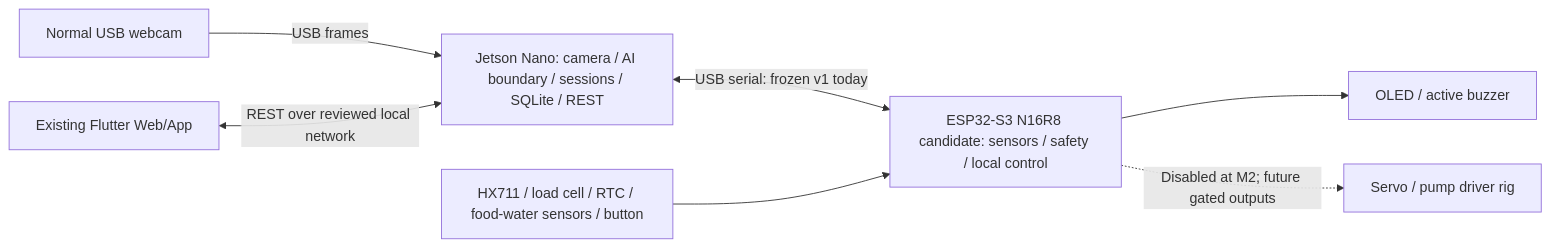
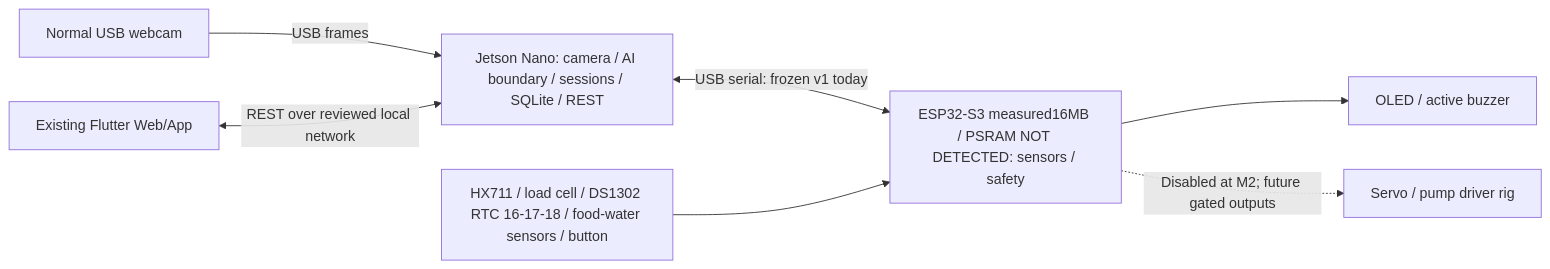
The diagram in docs/SYSTEM_BLOCK_DIAGRAM.md (chitoan117/for_cat), drawn with Mermaid before and after one commit. The commit also changed other lines of this file and 4134 other files, not shown here.

````diff
--- a/docs/SYSTEM_BLOCK_DIAGRAM.md
+++ b/docs/SYSTEM_BLOCK_DIAGRAM.md
@@ -3,9 +3,9 @@
 ```mermaid
 flowchart LR
   C[Normal USB webcam] -->|USB frames| J[Jetson Nano: camera / AI boundary / sessions / SQLite / REST]
   W[Existing Flutter Web/App] <-->|REST over reviewed local network| J
-  J <-->|USB serial: frozen v1 today| E[ESP32-S3 N16R8 candidate: sensors / safety / local control]
-  S[HX711 / load cell / RTC / food-water sensors / button] --> E
+  J <-->|USB serial: frozen v1 today| E[ESP32-S3 measured16MB / PSRAM NOT DETECTED: sensors / safety]
+  S[HX711 / load cell / DS1302 RTC 16-17-18 / food-water sensors / button] --> E
   E --> O[OLED / active buzzer]
   E -.->|Disabled at M2; future gated outputs| A[Servo / pump driver rig]
 ```
````
